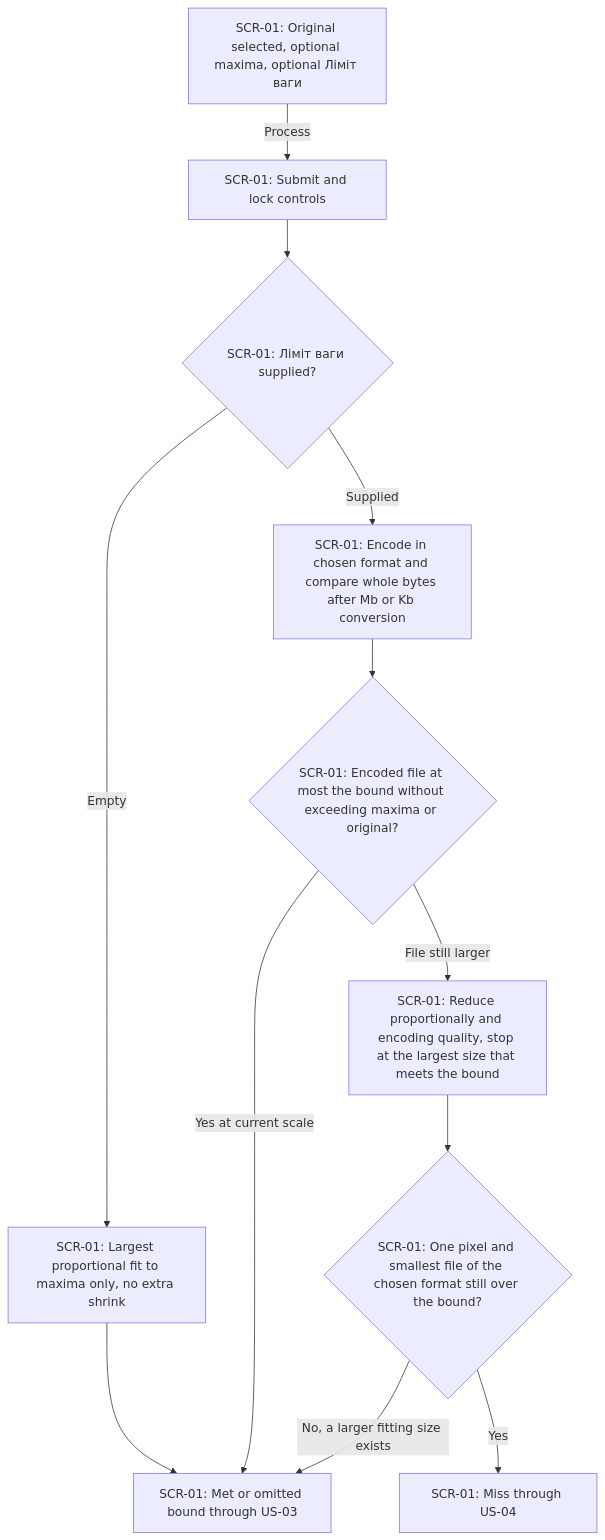
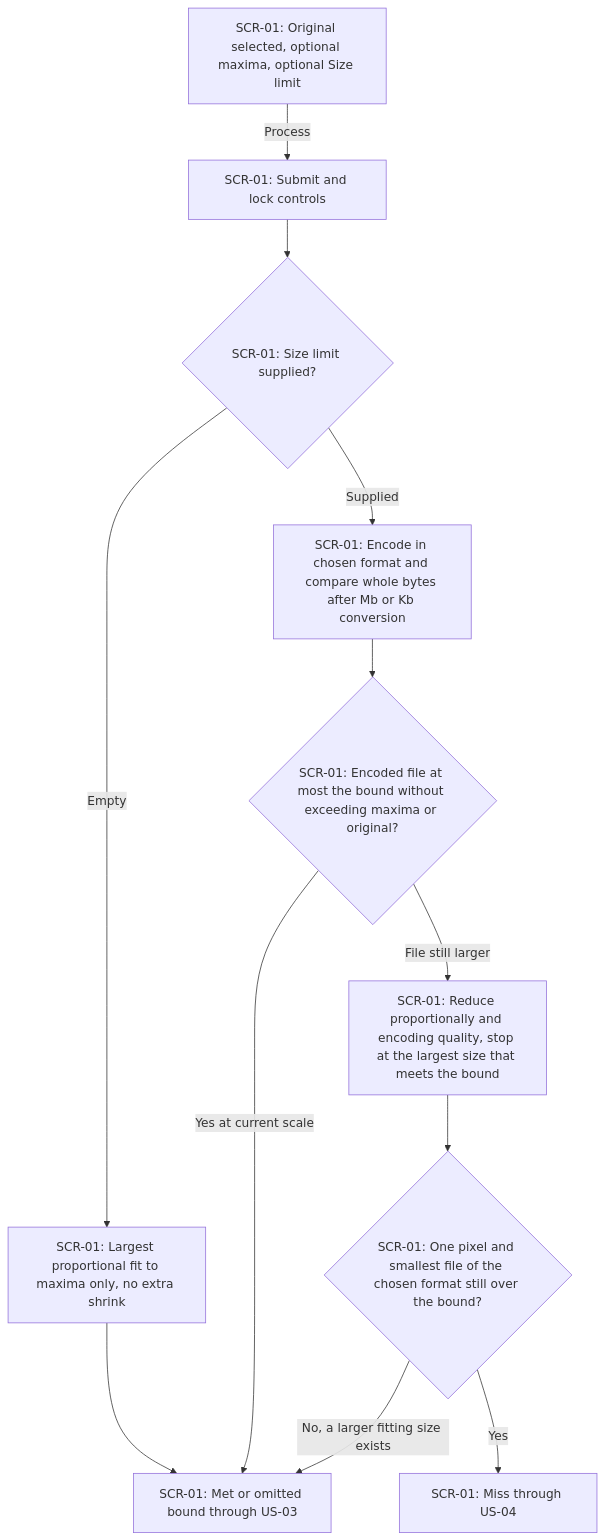
The second of 5 diagrams in docs/features/image-size-limit/ux-flows.md (shved270189/image_compressor), drawn with Mermaid before and after one commit. The commit also changed other lines of this file and 46 other files, not shown here.

````diff
--- a/docs/features/image-size-limit/ux-flows.md
+++ b/docs/features/image-size-limit/ux-flows.md
@@ -67,24 +67,24 @@
 ```mermaid
 flowchart TD
-    S2_READY["SCR-01: Original selected, optional maxima, optional Ліміт ваги"]
+    S2_READY["SCR-01: Original selected, optional maxima, optional Size limit"]
     S2_SUBMIT["SCR-01: Submit and lock controls"]
-    S2_BOUND{"SCR-01: Ліміт ваги supplied?"}
+    S2_BOUND{"SCR-01: Size limit supplied?"}
     S2_GEOMETRY["SCR-01: Largest proportional fit to maxima only, no extra shrink"]
     S2_ENCODE["SCR-01: Encode in chosen format and compare whole bytes after Mb or Kb conversion"]
     S2_MEETS{"SCR-01: Encoded file at most the bound without exceeding maxima or original?"}
     S2_REDUCE["SCR-01: Reduce proportionally and encoding quality, stop at the largest size that meets the bound"]
     S2_FLOOR{"SCR-01: One pixel and smallest file of the chosen format still over the bound?"}
     S2_MISS["SCR-01: Miss through US-04"]
     S2_SUCCESS["SCR-01: Met or omitted bound through US-03"]
     S2_READY -->|Process| S2_SUBMIT
     S2_SUBMIT --> S2_BOUND
     S2_BOUND -->|Empty| S2_GEOMETRY
     S2_GEOMETRY --> S2_SUCCESS
     S2_BOUND -->|Supplied| S2_ENCODE
     S2_ENCODE --> S2_MEETS
     S2_MEETS -->|Yes at current scale| S2_SUCCESS
     S2_MEETS -->|File still larger| S2_REDUCE
     S2_REDUCE --> S2_FLOOR
     S2_FLOOR -->|No, a larger fitting size exists| S2_SUCCESS
     S2_FLOOR -->|Yes| S2_MISS
 ```
````
